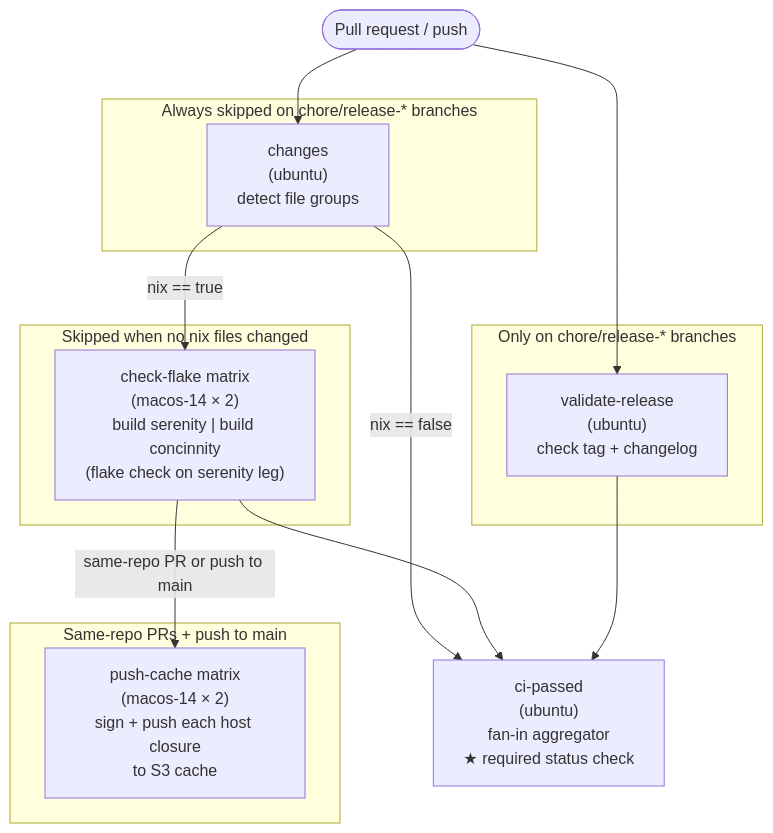
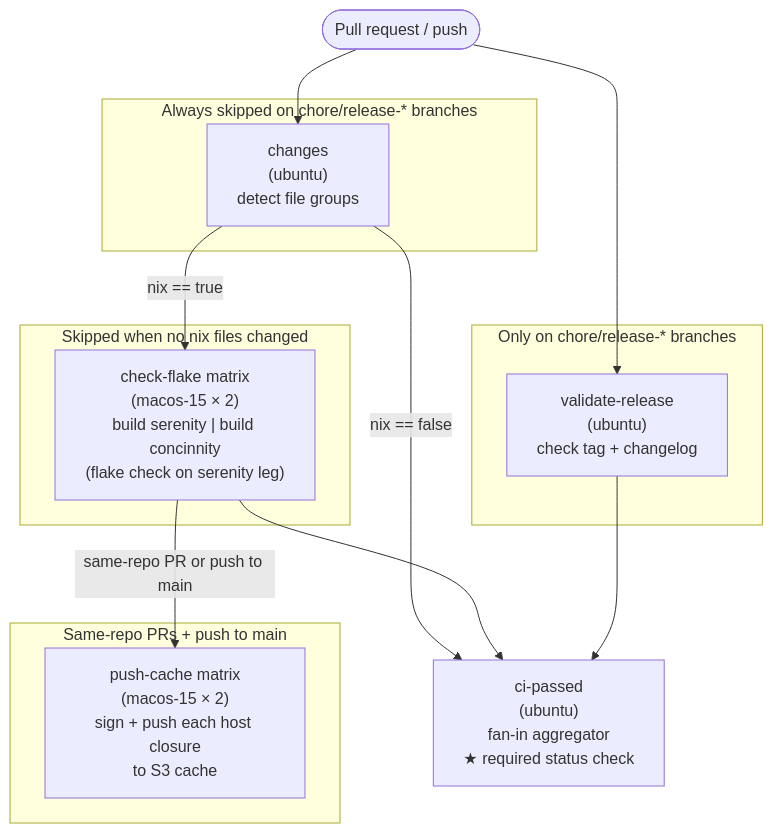
Before and after one commit to juliusblank/nix-configs: the diagram in docs/ci.md, drawn with Mermaid. The commit also changed 2 other files, not shown here.

Commit message:
ci: move macOS jobs from the retiring macos-14 image to macos-15 (#128)
* ci: move macOS jobs from the retiring macos-14 image to macos-15

check-flake and push-cache now run on macos-15 (Apple Silicon, so the
build stays aarch64-darwin). Pinned instead of macos-latest so the next
image change also comes through a reviewed PR. Docs updated.

Claude-Session: https://claude.ai/code/session_01RFrtHS7K73yZYwpMhAXfz4

* ci: update install-nix-action to v31 for macos-15

The v27 installer creates the Nix build users at UIDs 301-306, which
macOS 15 already uses (eDSRecordAlreadyExists). v31 installs Nix 2.35.3,
whose installer uses UID 351+ on macOS 15.

Claude-Session: https://claude.ai/code/session_01RFrtHS7K73yZYwpMhAXfz4

---------

````diff
--- a/docs/ci.md
+++ b/docs/ci.md
@@ -3,30 +3,30 @@
 ```mermaid
 flowchart TD
     PR([Pull request / push])
 
     subgraph "Always skipped on chore/release-* branches"
         changes["changes\n(ubuntu)\ndetect file groups"]
     end
 
     subgraph "Skipped when no nix files changed"
-        check-flake["check-flake matrix\n(macos-14 × 2)\nbuild serenity | build concinnity\n(flake check on serenity leg)"]
+        check-flake["check-flake matrix\n(macos-15 × 2)\nbuild serenity | build concinnity\n(flake check on serenity leg)"]
     end
 
     subgraph "Only on chore/release-* branches"
         validate-release["validate-release\n(ubuntu)\ncheck tag + changelog"]
     end
 
     ci-passed["ci-passed\n(ubuntu)\nfan-in aggregator\n★ required status check"]
 
     subgraph "Same-repo PRs + push to main"
-        push-cache["push-cache matrix\n(macos-14 × 2)\nsign + push each host closure\nto S3 cache"]
+        push-cache["push-cache matrix\n(macos-15 × 2)\nsign + push each host closure\nto S3 cache"]
     end
 
     PR --> changes
     PR --> validate-release
     changes -->|nix == true| check-flake
     changes -->|nix == false| ci-passed
     check-flake --> ci-passed
     validate-release --> ci-passed
     check-flake -->|same-repo PR or push to main| push-cache
 ```
````
